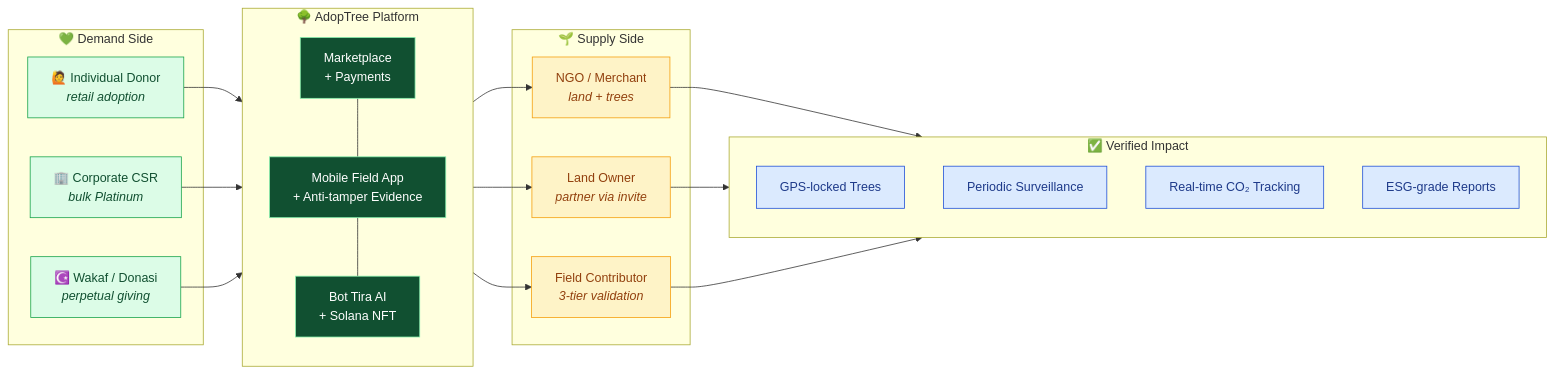
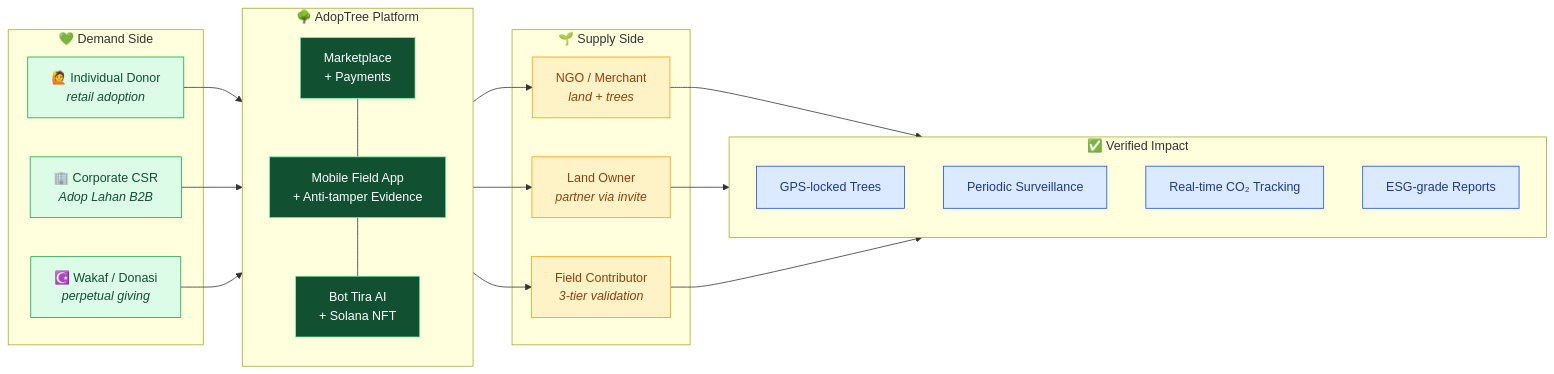
The first of 10 diagrams in AdopTreeWorld/prd/PRD-AdopTree-Investor.md (ajarka/public-documentation), drawn with Mermaid before and after one commit. The commit also changed other lines of this file, not shown here.

First line of the commit message:
docs(prd): v2.7 — final product taxonomy (Donasi/AdopTree/Adop Lahan × Wakaf mirror) + ADOP3 nine benefits

````diff
--- a/AdopTreeWorld/prd/PRD-AdopTree-Investor.md
+++ b/AdopTreeWorld/prd/PRD-AdopTree-Investor.md
@@ -266,48 +268,48 @@
 ```mermaid
 flowchart LR
     subgraph Demand["💚 Demand Side"]
         D1[🙋 Individual Donor<br/><i>retail adoption</i>]
-        D2[🏢 Corporate CSR<br/><i>bulk Platinum</i>]
+        D2[🏢 Corporate CSR<br/><i>Adop Lahan B2B</i>]
         D3[☪️ Wakaf / Donasi<br/><i>perpetual giving</i>]
     end
 
     subgraph Platform["🌳 AdopTree Platform"]
         direction TB
         P1[Marketplace<br/>+ Payments]
         P2[Mobile Field App<br/>+ Anti-tamper Evidence]
         P3[Bot Tira AI<br/>+ Solana NFT]
         P1 --- P2 --- P3
     end
 
     subgraph Supply["🌱 Supply Side"]
         M1[NGO / Merchant<br/><i>land + trees</i>]
         L1[Land Owner<br/><i>partner via invite</i>]
         C1[Field Contributor<br/><i>3-tier validation</i>]
     end
 
     subgraph Impact["✅ Verified Impact"]
         I1[GPS-locked Trees]
         I2[Periodic Surveillance]
         I3[Real-time CO₂ Tracking]
         I4[ESG-grade Reports]
     end
 
     D1 --> Platform
     D2 --> Platform
     D3 --> Platform
     Platform --> M1
     Platform --> L1
     Platform --> C1
     M1 --> Impact
     L1 --> Impact
     C1 --> Impact
 
     classDef demand fill:#dcfce7,stroke:#16a34a,color:#115031
     classDef platform fill:#115031,stroke:#86efac,color:#fff
     classDef supply fill:#fef3c7,stroke:#f59e0b,color:#92400e
     classDef impact fill:#dbeafe,stroke:#1d4ed8,color:#1e3a8a
     class D1,D2,D3 demand
     class P1,P2,P3 platform
     class M1,L1,C1 supply
     class I1,I2,I3,I4 impact
 ```
````
